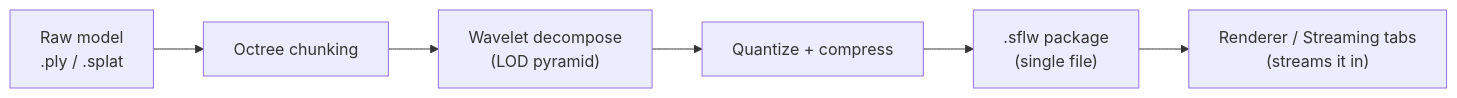
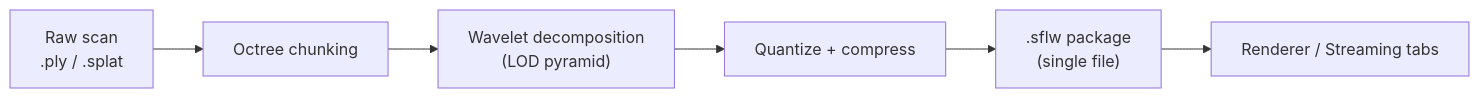
The first of 3 diagrams in docs/USER_GUIDE.md (dewilkinson/splatlab), drawn with Mermaid before and after one commit. The commit also changed other lines of this file and 1 other file, not shown here.

````diff
--- a/docs/USER_GUIDE.md
+++ b/docs/USER_GUIDE.md
@@ -15,8 +27,8 @@
 ```mermaid
 flowchart LR
-    A["Raw model<br/>.ply / .splat"] --> B["Octree chunking"]
-    B --> C["Wavelet decompose<br/>(LOD pyramid)"]
+    A["Raw scan<br/>.ply / .splat"] --> B["Octree chunking"]
+    B --> C["Wavelet decomposition<br/>(LOD pyramid)"]
     C --> D["Quantize + compress"]
     D --> E[".sflw package<br/>(single file)"]
-    E --> F["Renderer / Streaming tabs<br/>(streams it in)"]
+    E --> F["Renderer / Streaming tabs"]
 ```
````
